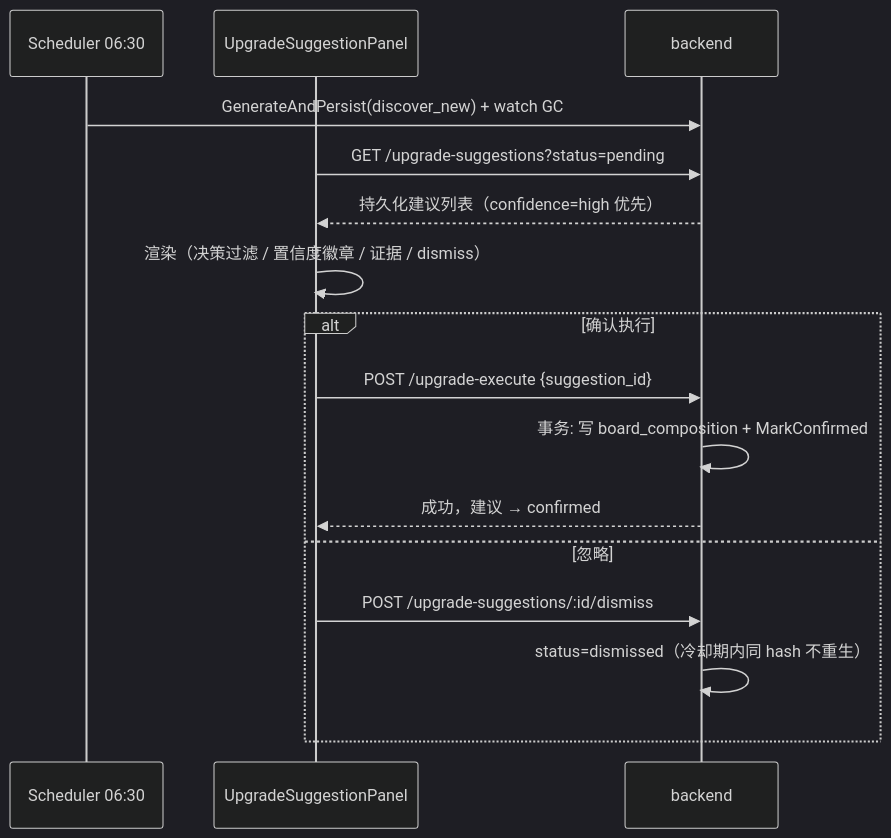
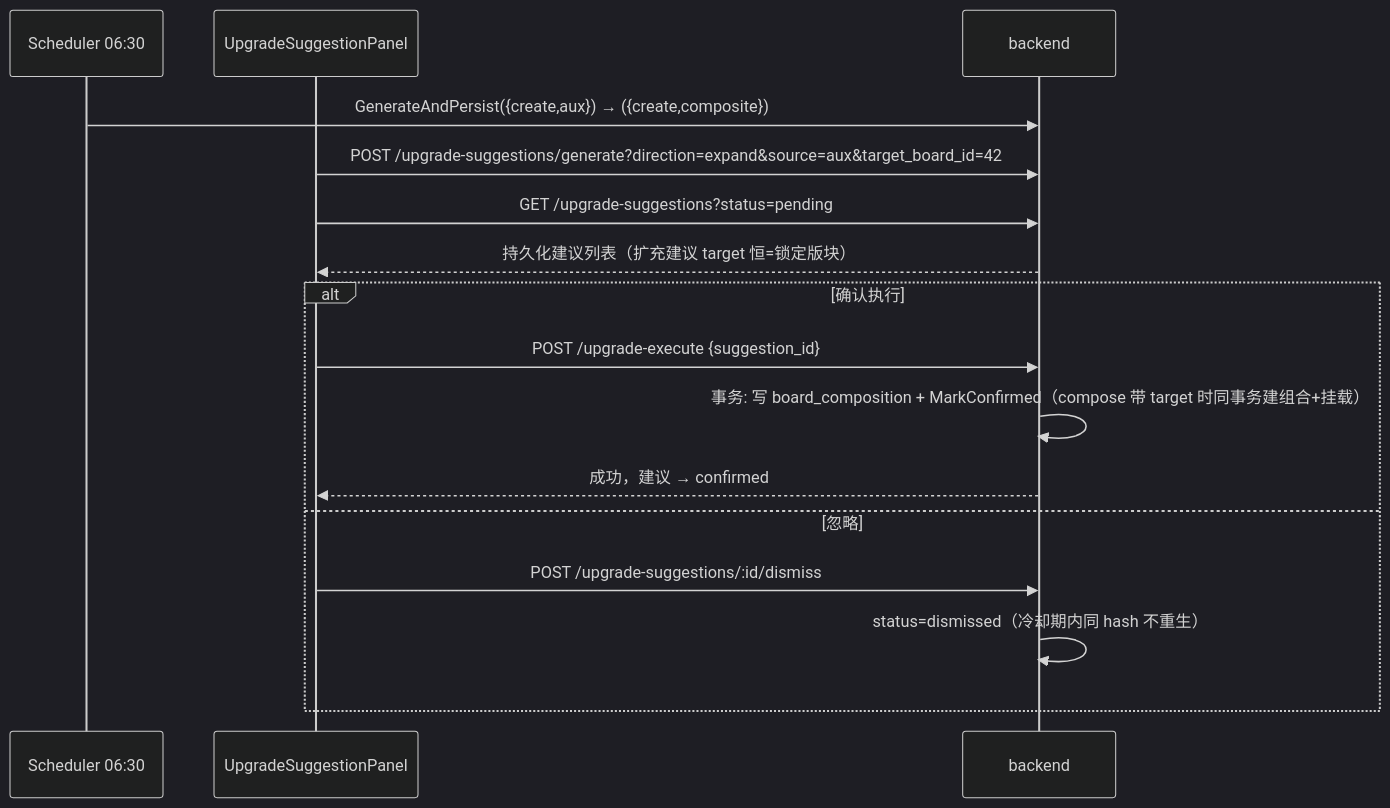
The fourth of 4 diagrams in docs/reference/flow/semantic-board.md (ZanebonoAlter/Syntopica), drawn with Mermaid (dark theme) before and after one commit. The commit also changed other lines of this file and 35 other files, not shown here.

First line of the commit message:
feat(board-upgrade): 四格方向矩阵重构归档（split-board-upgrade-directions）

````diff
--- a/docs/reference/flow/semantic-board.md
+++ b/docs/reference/flow/semantic-board.md
@@ -129,18 +126,18 @@
 ```mermaid
 sequenceDiagram
   participant SCH as Scheduler 06:30
   participant FE as UpgradeSuggestionPanel
   participant BE as backend
-  SCH->>BE: GenerateAndPersist(discover_new) + watch GC
+  SCH->>BE: GenerateAndPersist({create,aux}) → ({create,composite})
+  FE->>BE: POST /upgrade-suggestions/generate?direction=expand&source=aux&target_board_id=42
   FE->>BE: GET /upgrade-suggestions?status=pending
-  BE-->>FE: 持久化建议列表（confidence=high 优先）
-  FE->>FE: 渲染（决策过滤 / 置信度徽章 / 证据 / dismiss）
+  BE-->>FE: 持久化建议列表（扩充建议 target 恒=锁定版块）
   alt 确认执行
     FE->>BE: POST /upgrade-execute {suggestion_id}
-    BE->>BE: 事务: 写 board_composition + MarkConfirmed
+    BE->>BE: 事务: 写 board_composition + MarkConfirmed（compose 带 target 时同事务建组合+挂载）
     BE-->>FE: 成功，建议 → confirmed
   else 忽略
     FE->>BE: POST /upgrade-suggestions/:id/dismiss
     BE->>BE: status=dismissed（冷却期内同 hash 不重生）
   end
 ```
````
